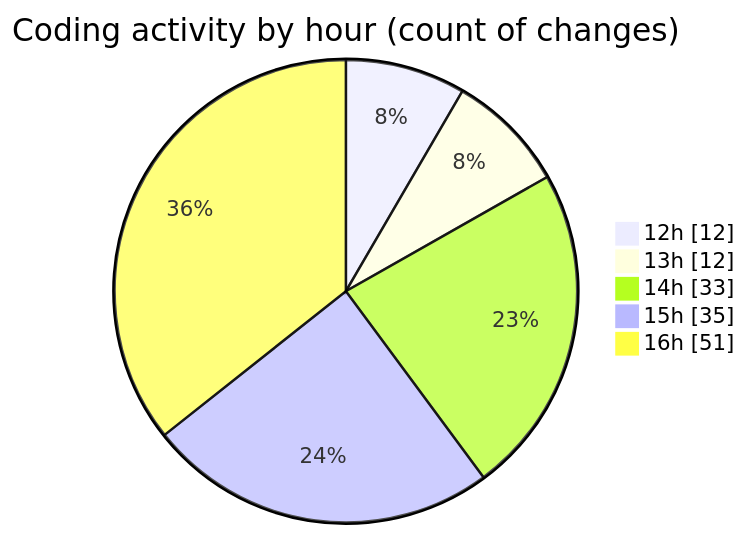
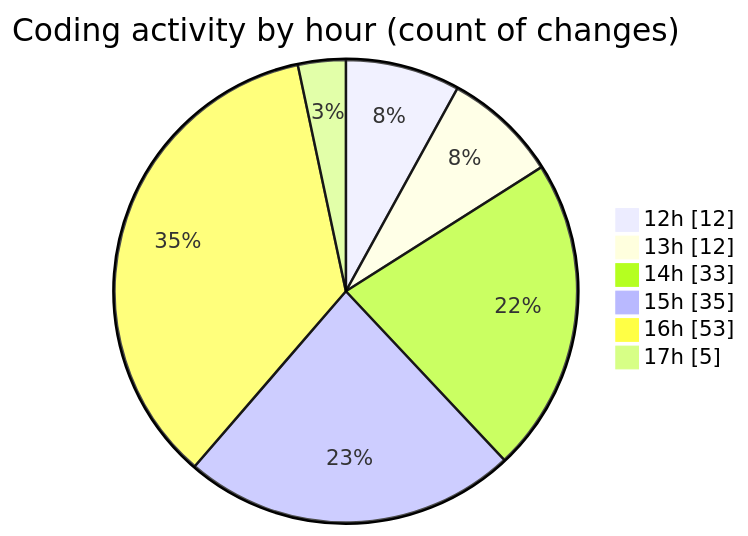
The second of 2 diagrams in 2025-09-24/cda/README.md (momahboobian/code-tracking), drawn with Mermaid before and after one commit. The commit also changed other lines of this file and 1 other file, not shown here.

````diff
--- a/2025-09-24/cda/README.md
+++ b/2025-09-24/cda/README.md
@@ -41,9 +42,10 @@
 ```mermaid
 pie showData
 title Coding activity by hour (count of changes)
 "12h" : 12
 "13h" : 12
 "14h" : 33
 "15h" : 35
-"16h" : 51
+"16h" : 53
+"17h" : 5
 ```
````
